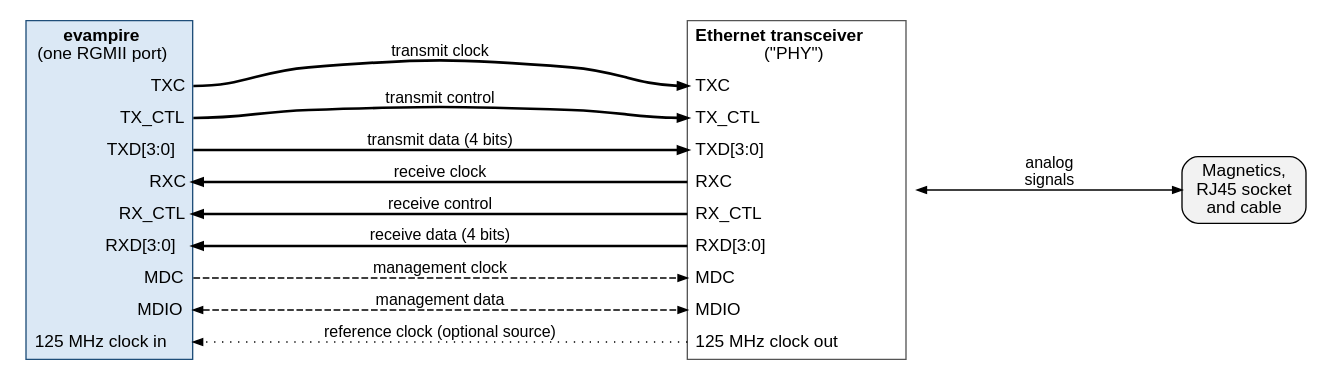
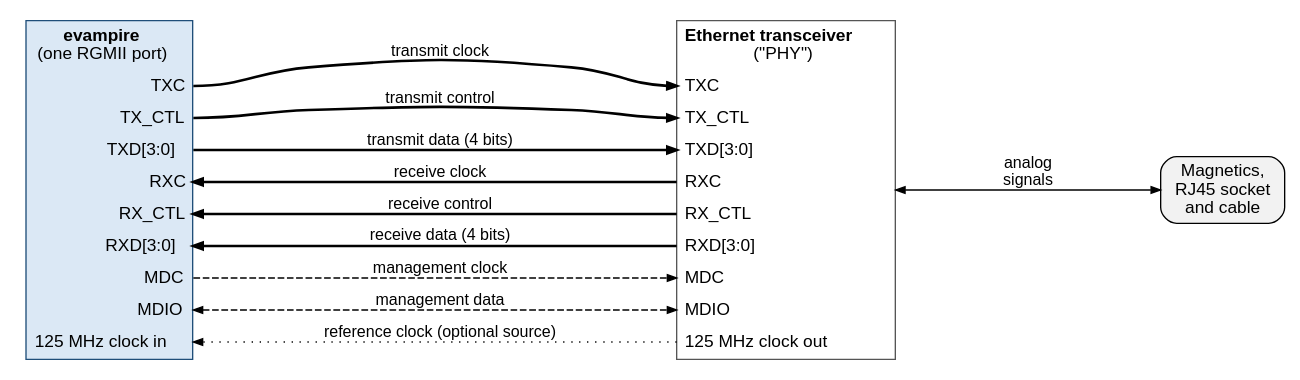
Before and after one commit to mithro/evampire: the diagram in docs/ethernet/rgmii/connection.dot, drawn with Graphviz.

Commit message:
Make the analogue signals arrow reach the transceiver box

```diff
--- a/docs/ethernet/rgmii/connection.dot
+++ b/docs/ethernet/rgmii/connection.dot
@@ -1,57 +1,57 @@
 // Signals between one evampire port and one Ethernet transceiver.
 //
 // SPDX-License-Identifier: Apache-2.0
 
 digraph rgmii_connection {
     graph [rankdir=LR, fontname="Helvetica", fontsize=14, nodesep=0.2,
            ranksep=2.2];
     node  [shape=plaintext, fontname="Helvetica", fontsize=13];
     edge  [fontname="Helvetica", fontsize=12, arrowsize=0.7];
 
     chip [label=<
       <table border="1" cellborder="0" cellspacing="0" cellpadding="5"
              bgcolor="#dbe8f5" color="#1f4e79">
         <tr><td colspan="2"><b>evampire</b><br/>(one RGMII port)</td></tr>
         <tr><td port="txc"  align="right">TXC</td></tr>
         <tr><td port="txctl" align="right">TX_CTL</td></tr>
         <tr><td port="txd"  align="right">TXD[3:0]</td></tr>
         <tr><td port="rxc"  align="right">RXC</td></tr>
         <tr><td port="rxctl" align="right">RX_CTL</td></tr>
         <tr><td port="rxd"  align="right">RXD[3:0]</td></tr>
         <tr><td port="mdc"  align="right">MDC</td></tr>
         <tr><td port="mdio" align="right">MDIO</td></tr>
         <tr><td port="clk"  align="right">125 MHz clock in</td></tr>
       </table>>];
 
-    phy [label=<
+    phy [margin=0, label=<
       <table border="1" cellborder="0" cellspacing="0" cellpadding="5"
              bgcolor="#ffffff" color="#555555">
         <tr><td colspan="2"><b>Ethernet transceiver</b><br/>("PHY")</td></tr>
         <tr><td port="txc"  align="left">TXC</td></tr>
         <tr><td port="txctl" align="left">TX_CTL</td></tr>
         <tr><td port="txd"  align="left">TXD[3:0]</td></tr>
         <tr><td port="rxc"  align="left">RXC</td></tr>
         <tr><td port="rxctl" align="left">RX_CTL</td></tr>
         <tr><td port="rxd"  align="left">RXD[3:0]</td></tr>
         <tr><td port="mdc"  align="left">MDC</td></tr>
         <tr><td port="mdio" align="left">MDIO</td></tr>
         <tr><td port="clk"  align="left">125 MHz clock out</td></tr>
       </table>>];
 
     cable [shape=box, style="rounded,filled", fillcolor="#f2f2f2",
            label="Magnetics,\nRJ45 socket\nand cable"];
 
     chip:txc:e   -> phy:txc:w   [label="transmit clock", penwidth=2];
     chip:txctl:e -> phy:txctl:w [label="transmit control", penwidth=2];
     chip:txd:e   -> phy:txd:w   [label="transmit data (4 bits)", penwidth=2];
     phy:rxc:w    -> chip:rxc:e  [label="receive clock", penwidth=2];
     phy:rxctl:w  -> chip:rxctl:e [label="receive control", penwidth=2];
     phy:rxd:w    -> chip:rxd:e  [label="receive data (4 bits)", penwidth=2];
     chip:mdc:e   -> phy:mdc:w   [label="management clock", style=dashed];
     chip:mdio:e  -> phy:mdio:w  [label="management data", style=dashed,
                                  dir=both];
     phy:clk:w    -> chip:clk:e  [label="reference clock (optional source)",
                                  style=dotted];
 
     phy -> cable [dir=both, label="analog\nsignals"];
 }
```
